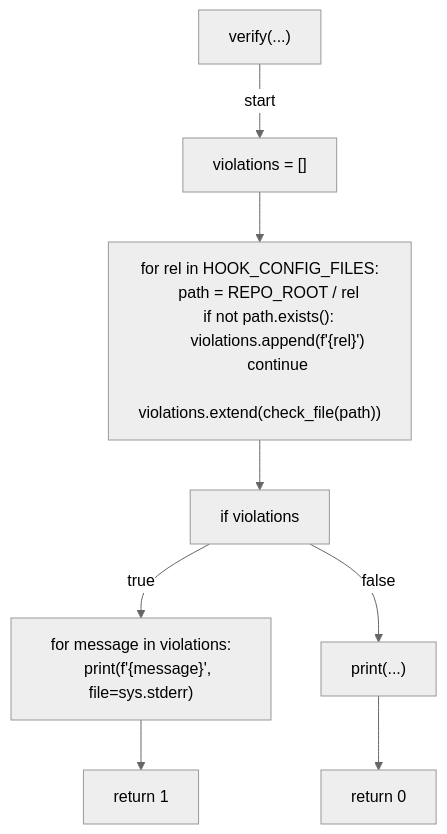
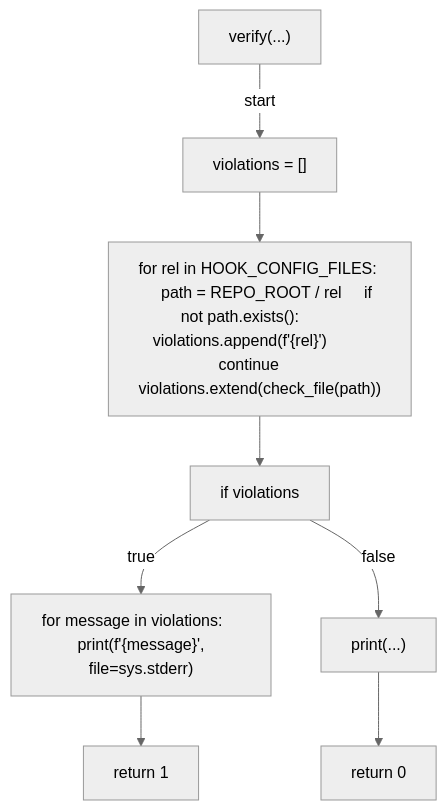
One commit to tvna/claude-md changed the third of 4 diagrams in docs/generated/scripts/ast/preflight_hook_event_keys.md. Above: the diagram before and after it, drawn with Mermaid (neutral theme). The commit also changed 29 other files, not shown here.

First line of the commit message:
docs(generated): regenerate decision tree and workflow diagrams (batch 3/5)

````diff
--- a/docs/generated/scripts/ast/preflight_hook_event_keys.md
+++ b/docs/generated/scripts/ast/preflight_hook_event_keys.md
@@ -42,24 +42,18 @@
 ```mermaid
 flowchart TD
     N001["verify(...)"]
     N002["violations = []"]
-    N003["for rel in HOOK_CONFIG_FILES:
-    path = REPO_ROOT / rel
-    if not path.exists():
-        violations.append(f'{rel}<str>')
-        continue
-    violations.extend(check_file(path))"]
+    N003["for rel in HOOK_CONFIG_FILES:     path = REPO_ROOT / rel     if not path.exists():         violations.append(f'{rel}<str>')         continue     violations.extend(check_file(path))"]
     N004["if violations"]
-    N005["for message in violations:
-    print(f'<str>{message}', file=sys.stderr)"]
+    N005["for message in violations:     print(f'<str>{message}', file=sys.stderr)"]
     N006["return 1"]
     N007["print(...)"]
     N008["return 0"]
     N001 -->|"start"| N002
     N002 --> N003
     N003 --> N004
     N004 -->|"true"| N005
     N005 --> N006
     N004 -->|"false"| N007
     N007 --> N008
 ```
````
